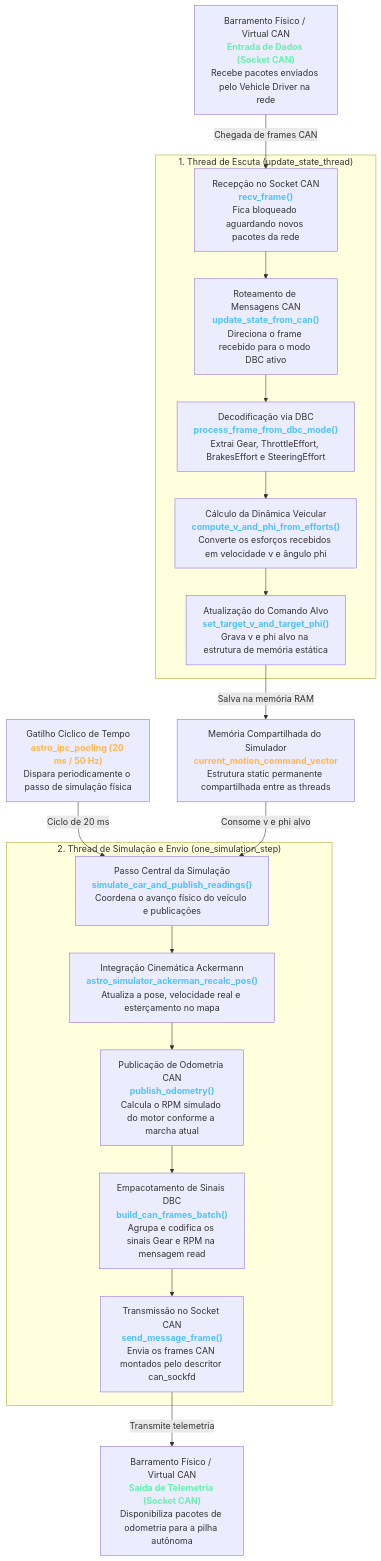
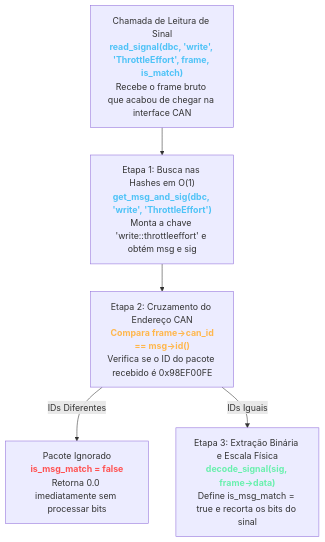
Before and after one commit to BrenoCSilva/lume: the second of 2 diagrams in README.md, drawn with Mermaid. The commit also changed other lines of this file, not shown here.

````diff
--- a/README.md
+++ b/README.md
@@ -40,29 +135,12 @@
 ```mermaid
 flowchart TD
-    CAN_IN["Barramento Físico / Virtual CAN<br/><b style='color:#69f0ae'>Entrada de Dados (Socket CAN)</b><br/>Recebe pacotes enviados pelo Vehicle Driver na rede"]
+    IN["Chamada de Leitura de Sinal<br/><b style='color:#4fc3f7'>read_signal(dbc, 'write', 'ThrottleEffort', frame, is_match)</b><br/>Recebe o frame bruto que acabou de chegar na interface CAN"]
 
-    CAN_IN -->|"Chegada de frames CAN"| RECV
+    IN --> STEP1["Etapa 1: Busca nas Hashes em O(1)<br/><b style='color:#4fc3f7'>get_msg_and_sig(dbc, 'write', 'ThrottleEffort')</b><br/>Monta a chave 'write::throttleeffort' e obtém msg e sig"]
 
-    subgraph ThreadEscuta ["1. Thread de Escuta (update_state_thread)"]
-        RECV["Recepção no Socket CAN<br/><b style='color:#4fc3f7'>recv_frame()</b><br/>Fica bloqueado aguardando novos pacotes da rede"]
-        RECV --> UPDATE["Roteamento de Mensagens CAN<br/><b style='color:#4fc3f7'>update_state_from_can()</b><br/>Direciona o frame recebido para o modo DBC ativo"]
-        UPDATE --> PROC_DBC["Decodificação via DBC<br/><b style='color:#4fc3f7'>process_frame_from_dbc_mode()</b><br/>Extrai Gear, ThrottleEffort, BrakesEffort e SteeringEffort"]
-        PROC_DBC --> CALC_DYN["Cálculo da Dinâmica Veicular<br/><b style='color:#4fc3f7'>compute_v_and_phi_from_efforts()</b><br/>Converte os esforços recebidos em velocidade v e ângulo phi"]
-        CALC_DYN --> SET_TARGET["Atualização do Comando Alvo<br/><b style='color:#4fc3f7'>set_target_v_and_target_phi()</b><br/>Grava v e phi alvo na estrutura de memória estática"]
-    end
+    STEP1 --> STEP2["Etapa 2: Cruzamento do Endereço CAN<br/><b style='color:#ffb74d'> Compara frame->can_id == msg->id()</b><br/>Verifica se o ID do pacote recebido é 0x98EF00FE"]
 
-    SET_TARGET -->|"Salva na memória RAM"| MEM["Memória Compartilhada do Simulador<br/><b style='color:#ffb74d'>current_motion_command_vector</b><br/>Estrutura static permanente compartilhada entre as threads"]
+    STEP2 -->|"IDs Diferentes"| IGN["Pacote Ignorado<br/><b style='color:#ff5252'>is_msg_match = false</b><br/>Retorna 0.0 imediatamente sem processar bits"]
 
-    TIMER["Gatilho Cíclico de Tempo<br/><b style='color:#ffb74d'>astro_ipc_pooling (20 ms / 50 Hz)</b><br/>Dispara periodicamente o passo de simulação física"] -->|"Ciclo de 20 ms"| SIM_STEP
-    MEM -->|"Consome v e phi alvo"| SIM_STEP
-
-    subgraph ThreadSimulacao ["2. Thread de Simulação e Envio (one_simulation_step)"]
-        SIM_STEP["Passo Central da Simulação<br/><b style='color:#4fc3f7'>simulate_car_and_publish_readings()</b><br/>Coordena o avanço físico do veículo e publicações"]
-        SIM_STEP --> RECALC["Integração Cinemática Ackermann<br/><b style='color:#4fc3f7'>astro_simulator_ackerman_recalc_pos()</b><br/>Atualiza a pose, velocidade real e esterçamento no mapa"]
-        RECALC --> PUB_ODO["Publicação de Odometria CAN<br/><b style='color:#4fc3f7'>publish_odometry()</b><br/>Calcula o RPM simulado do motor conforme a marcha atual"]
-        PUB_ODO --> BATCH["Empacotamento de Sinais DBC<br/><b style='color:#4fc3f7'>build_can_frames_batch()</b><br/>Agrupa e codifica os sinais Gear e RPM na mensagem read"]
-        BATCH --> SEND["Transmissão no Socket CAN<br/><b style='color:#4fc3f7'>send_message_frame()</b><br/>Envia os frames CAN montados pelo descritor can_sockfd"]
-    end
-
-    SEND -->|"Transmite telemetria"| CAN_OUT["Barramento Físico / Virtual CAN<br/><b style='color:#69f0ae'>Saída de Telemetria (Socket CAN)</b><br/>Disponibiliza pacotes de odometria para a pilha autônoma"]
+    STEP2 -->|"IDs Iguais"| STEP3["Etapa 3: Extração Binária e Escala Física<br/><b style='color:#69f0ae'>decode_signal(sig, frame->data)</b><br/>Define is_msg_match = true e recorta os bits do sinal"]
 ```
````
